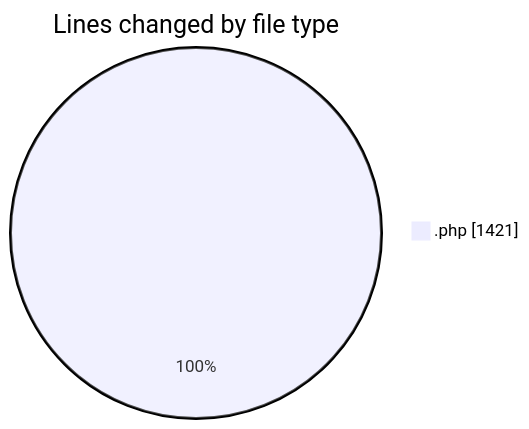
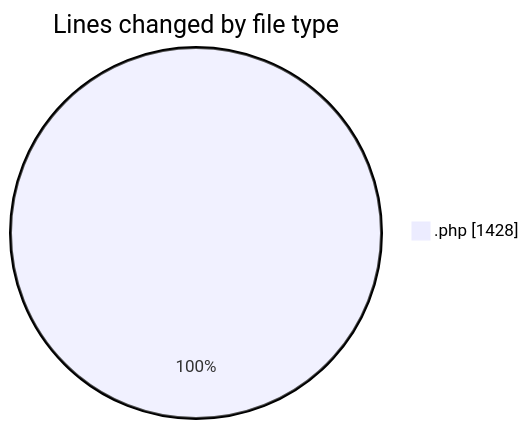
Before and after one commit to vahidmafi/code-tracking: the first of 2 diagrams in 2025-10-04/shop/README.md, drawn with Mermaid. The commit also changed other lines of this file and 1 other file, not shown here.

````diff
--- a/2025-10-04/shop/README.md
+++ b/2025-10-04/shop/README.md
@@ -22,5 +22,5 @@
 ```mermaid
 pie showData
 title Lines changed by file type
-".php" : 1421
+".php" : 1428
 ```
````
